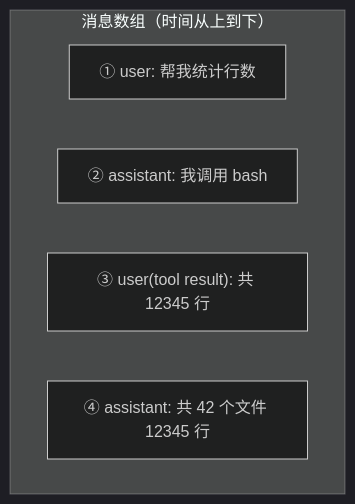
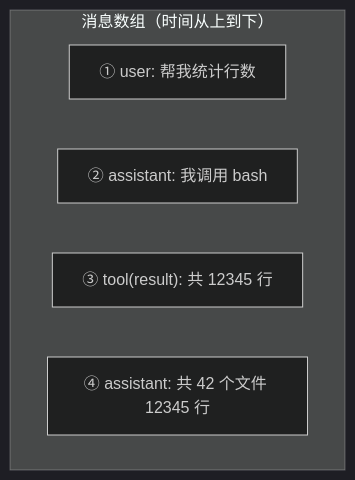
The second of 2 diagrams in src/ch02-session-and-messages.md (vacat/agent-book), drawn with Mermaid (dark theme) before and after one commit. The commit also changed other lines of this file and 14 other files, not shown here.

````diff
--- a/src/ch02-session-and-messages.md
+++ b/src/ch02-session-and-messages.md
@@ -148,9 +170,9 @@
 ```mermaid
 flowchart TB
     subgraph "消息数组（时间从上到下）"
         M1["① user: 帮我统计行数"]
         M2["② assistant: 我调用 bash"]
-        M3["③ user(tool result): 共 12345 行"]
+        M3["③ tool(result): 共 12345 行"]
         M4["④ assistant: 共 42 个文件 12345 行"]
     end
 ```
````
